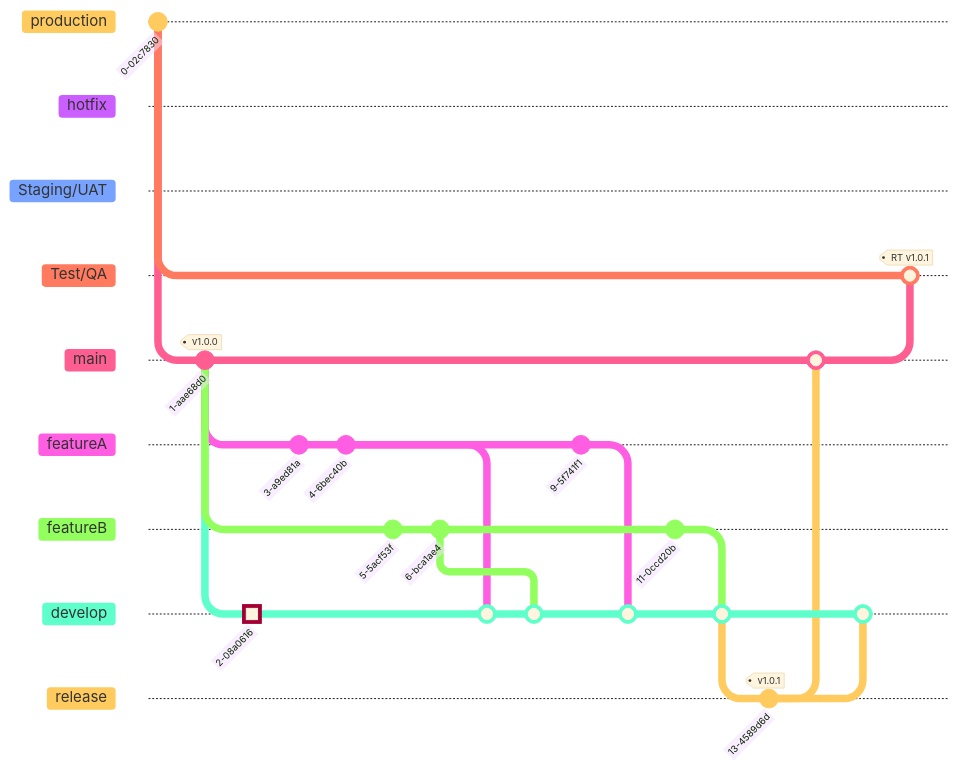
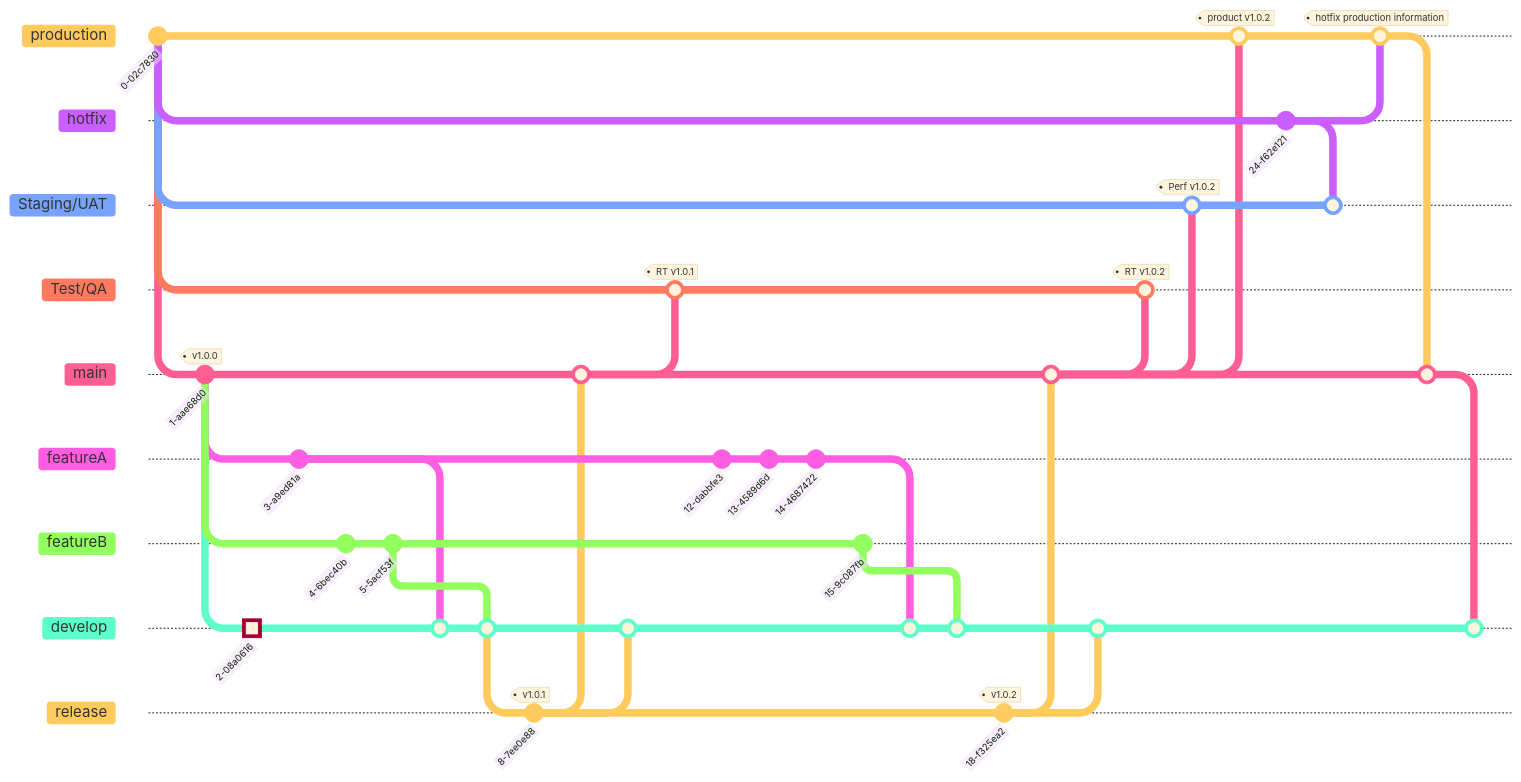
The diagram in gitflow/README.md (Duc-Developer/development-diagrams), drawn with Mermaid before and after one commit. Commit ids are hidden.

Commit message:
add commit featureB

````diff
--- a/gitflow/README.md
+++ b/gitflow/README.md
@@ -26,42 +26,64 @@
 ```mermaid
 %%{init: { 'logLevel': 'debug', 'theme': 'base', 'gitGraph': {'showBranches': true, 'showCommitLabel':true,'mainBranchName': 'production'}} }%%
       gitGraph
         commit
         branch hotfix
         branch Staging/UAT
         branch Test/QA
         branch main
         checkout main
         commit tag:"v1.0.0"
         branch featureA
         branch featureB
         branch develop
         checkout develop
         commit type: HIGHLIGHT
         checkout featureA
         commit
-        commit
         checkout featureB
         commit
         commit
         checkout develop
         merge featureA
-        merge featureB
-        checkout featureA
-        commit
-        checkout develop
-        merge featureA
-        checkout featureB
-        commit
-        checkout develop
         merge featureB
         branch release
         checkout release
         commit tag:"v1.0.1"
         checkout main
         merge release
         checkout develop
         merge release
         checkout Test/QA
-        merge main  tag:"RT v1.0.1"
+        merge main tag:"RT v1.0.1"
+        checkout featureA
+        commit
+        commit
+        commit
+        checkout featureB
+        commit
+        checkout develop
+        merge featureA
+        merge featureB
+        checkout release
+        commit tag:"v1.0.2"
+        checkout main
+        merge release
+        checkout develop
+        merge release
+        checkout Test/QA
+        merge main tag:"RT v1.0.2"
+        checkout Staging/UAT
+        merge main tag:"Perf v1.0.2"
+        checkout production
+        merge main tag:"product v1.0.2"
+        checkout hotfix
+        commit
+        checkout Staging/UAT
+        merge hotfix
+        checkout production
+        merge hotfix tag:"hotfix production information"
+        checkout main
+        merge production
+        checkout develop
+        merge main
 ```
````
